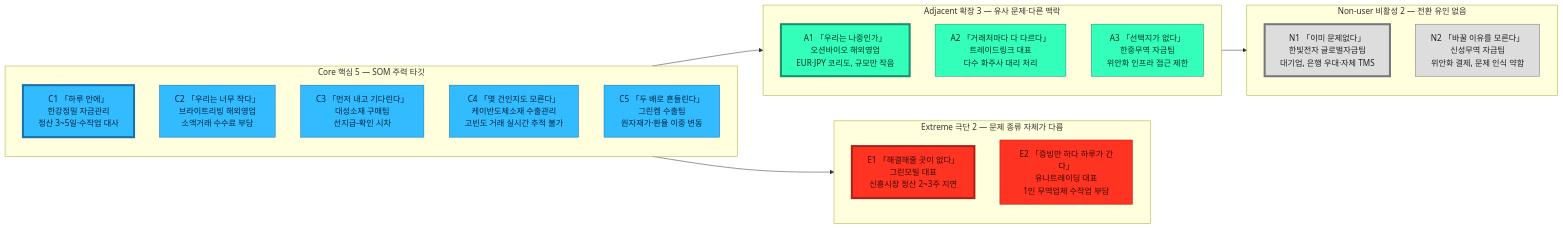
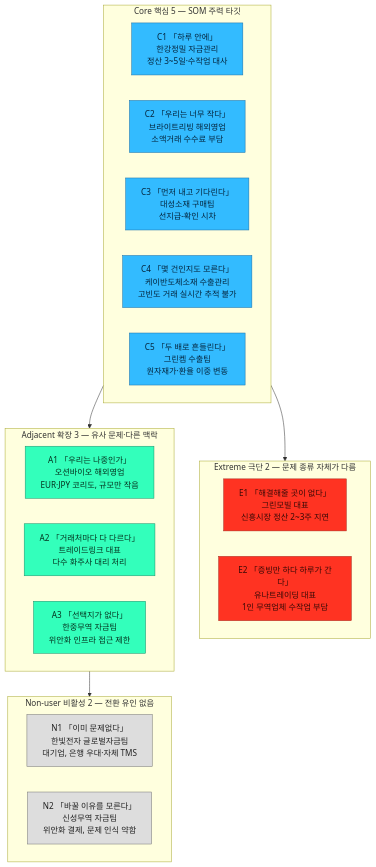
The first of 2 diagrams in 05_페르소나_고객여정지도/01_페르소나스펙트럼_분석보고서.md (jennie-brain/business-analysis-frameworks), drawn with Mermaid before and after one commit. The commit also changed other lines of this file, not shown here.

````diff
--- a/05_페르소나_고객여정지도/01_페르소나스펙트럼_분석보고서.md
+++ b/05_페르소나_고객여정지도/01_페르소나스펙트럼_분석보고서.md
@@ -124,46 +56,44 @@
 ```mermaid
-flowchart LR
+flowchart TB
     subgraph CORE["Core 핵심 5 — SOM 주력 타깃"]
-        direction TB
+        direction LR
         C1["C1 「하루 안에」<br>한강정밀 자금관리<br>정산 3~5일·수작업 대사"]
         C2["C2 「우리는 너무 작다」<br>브라이트리빙 해외영업<br>소액거래 수수료 부담"]
         C3["C3 「먼저 내고 기다린다」<br>대성소재 구매팀<br>선지급-확인 시차"]
         C4["C4 「몇 건인지도 모른다」<br>케이반도체소재 수출관리<br>고빈도 거래 실시간 추적 불가"]
         C5["C5 「두 배로 흔들린다」<br>그린켐 수출팀<br>원자재가·환율 이중 변동"]
     end
 
     subgraph EXT["Extreme 극단 2 — 문제 종류 자체가 다름"]
-        direction TB
+        direction LR
         E1["E1 「해결해줄 곳이 없다」<br>그린모빌 대표<br>신흥시장 정산 2~3주 지연"]
         E2["E2 「증빙만 하다 하루가 간다」<br>유나트레이딩 대표<br>1인 무역업체 수작업 부담"]
     end
 
     subgraph ADJ["Adjacent 확장 3 — 유사 문제·다른 맥락"]
-        direction TB
+        direction LR
         A1["A1 「우리는 나중인가」<br>오션바이오 해외영업<br>EUR·JPY 코리도, 규모만 작음"]
         A2["A2 「거래처마다 다 다르다」<br>트레이드링크 대표<br>다수 화주사 대리 처리"]
         A3["A3 「선택지가 없다」<br>한중무역 자금팀<br>위안화 인프라 접근 제한"]
     end
 
     subgraph NON["Non-user 비활성 2 — 전환 유인 없음"]
-        direction TB
+        direction LR
         N1["N1 「이미 문제없다」<br>한빛전자 글로벌자금팀<br>대기업, 은행 우대·자체 TMS"]
         N2["N2 「바꿀 이유를 모른다」<br>신성무역 자금팀<br>위안화 결제, 문제 인식 약함"]
     end
 
     CORE --> EXT
     CORE --> ADJ
     ADJ --> NON
 
     classDef core fill:#33BBFF,stroke:#1b6fa8,color:#04263f
     classDef adj fill:#33FFBB,stroke:#1b8f6b,color:#04331f
     classDef ext fill:#FF3322,stroke:#a8241b,color:#3a0a06
     classDef non fill:#DDDDDD,stroke:#777777,color:#222222
-    classDef win stroke-width:4px
 
     class C1,C2,C3,C4,C5 core
     class A1,A2,A3 adj
     class E1,E2 ext
     class N1,N2 non
-    class C1,A1,E1,N1 win
 ```
````
